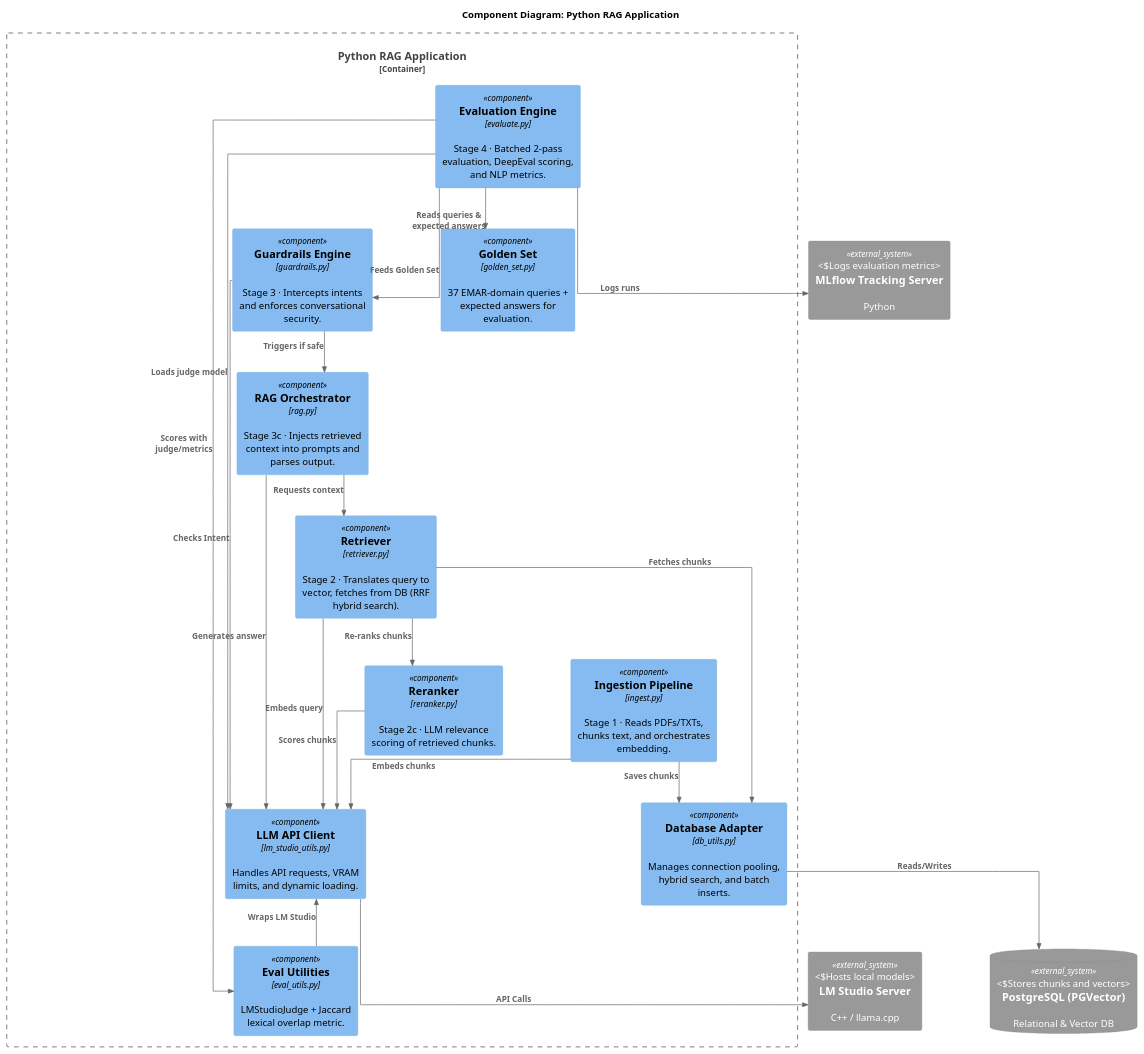
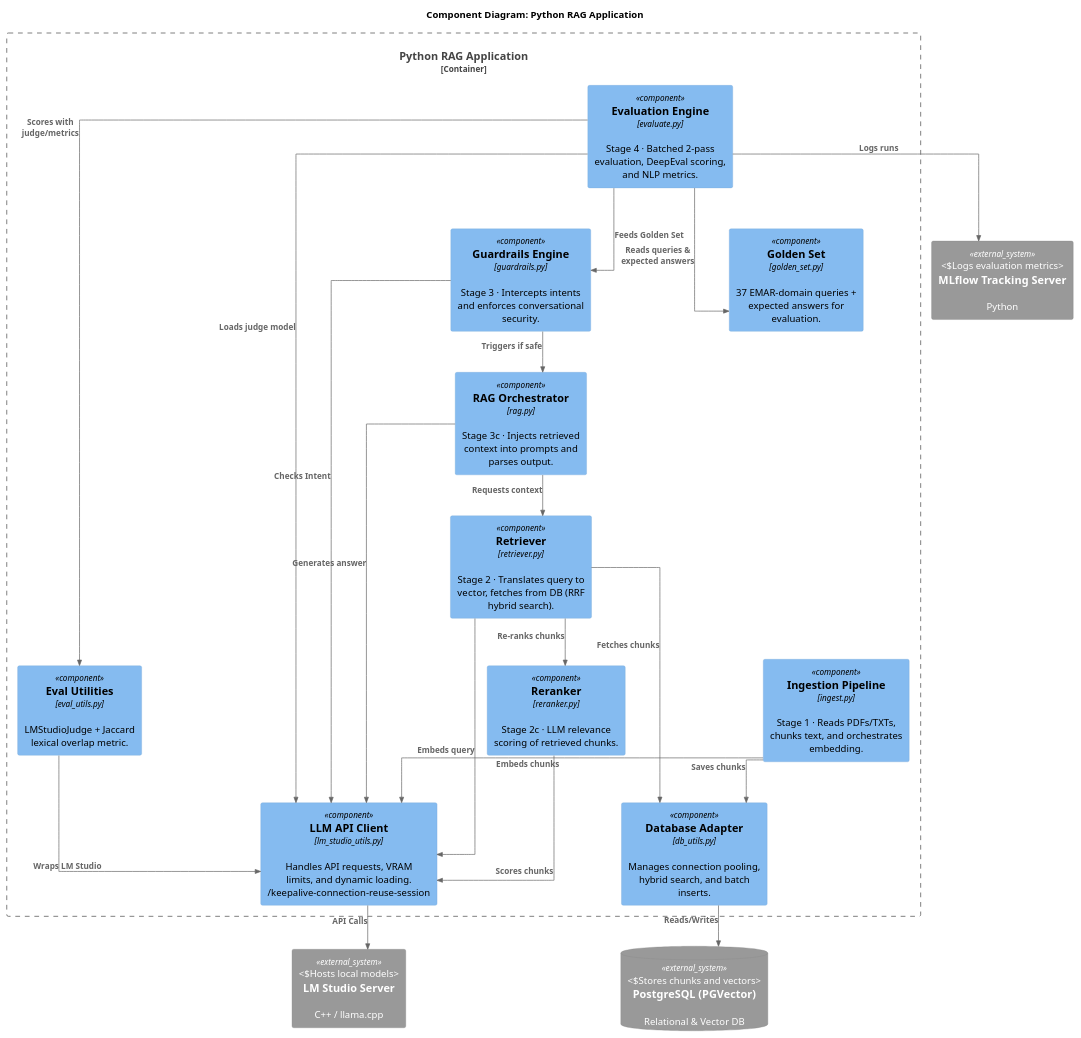
One commit to iseg-pg-ai/nlpg-6ed-group-4 changed the diagram in documentation/C4/c4_level3.puml. Above: the diagram before and after it, drawn with PlantUML. The commit also changed 1 other file, not shown here.

Commit message:
updated C4 diagram

```diff
--- a/documentation/C4/c4_level3.puml
+++ b/documentation/C4/c4_level3.puml
@@ -1,89 +1,90 @@
 @startuml level-three
 !include https://raw.githubusercontent.com/plantuml-stdlib/C4-PlantUML/master/C4_Component.puml
 
 ' THE MAGIC TRICK: Forces strict 90-degree angles instead of curved spaghetti lines
 skinparam linetype ortho
 skinparam nodesep 100
 
 LAYOUT_TOP_DOWN()
 
 title Component Diagram: Python RAG Application
 
 System_Ext(mlflow, "MLflow Tracking Server", "Python", "Logs evaluation metrics")
 
 Container_Boundary(python_app, "Python RAG Application") {
 
     ' TOP LAYER (Entry Points)
     Component(eval_engine, "Evaluation Engine", "evaluate.py", "Stage 4 · Batched 2-pass evaluation, DeepEval scoring, and NLP metrics.")
     Component(ingest, "Ingestion Pipeline", "ingest.py", "Stage 1 · Reads PDFs/TXTs, chunks text, and orchestrates embedding.")
 
     ' DATA LAYER (Golden Set)
     Component(golden_set, "Golden Set", "golden_set.py", "37 EMAR-domain queries + expected answers for evaluation.")
 
     ' SECOND LAYER
     Component(guardrails, "Guardrails Engine", "guardrails.py", "Stage 3 · Intercepts intents and enforces conversational security.")
 
     ' THIRD LAYER (Core Business Logic)
     Component(rag_orch, "RAG Orchestrator", "rag.py", "Stage 3c · Injects retrieved context into prompts and parses output.")
     Component(retriever, "Retriever", "retriever.py", "Stage 2 · Translates query to vector, fetches from DB (RRF hybrid search).")
     Component(reranker, "Reranker", "reranker.py", "Stage 2c · LLM relevance scoring of retrieved chunks.")
 
     ' BOTTOM LAYER (Core Adapters)
-    Component(llm_client, "LLM API Client", "lm_studio_utils.py", "Handles API requests, VRAM limits, and dynamic loading.")
+    Component(llm_client, "LLM API Client", "lm_studio_utils.py", "Handles API requests, VRAM limits, and dynamic loading. /keepalive-connection-reuse-session")
     Component(db_adapter, "Database Adapter", "db_utils.py", "Manages connection pooling, hybrid search, and batch inserts.")
     Component(eval_utils, "Eval Utilities", "eval_utils.py", "LMStudioJudge + Jaccard lexical overlap metric.")
 
     ' Invisible constraints to force a clean grid
     Lay_R(eval_engine, ingest)
     Lay_D(eval_engine, guardrails)
     Lay_D(guardrails, rag_orch)
     Lay_D(rag_orch, retriever)
     Lay_R(retriever, reranker)
     Lay_D(retriever, llm_client)
-    Lay_R(llm_client, eval_utils)
+    Lay_D(eval_utils, llm_client)
     Lay_D(reranker, db_adapter)
+    Lay_D(retriever, reranker)
     Lay_D(golden_set, eval_engine)
 }
 
 System_Ext(lmstudio, "LM Studio Server", "C++ / llama.cpp", "Hosts local models")
 SystemDb_Ext(pgvector, "PostgreSQL (PGVector)", "Relational & Vector DB", "Stores chunks and vectors")
 
 ' Pin external elements (must be declared after the boundary)
 Lay_R(eval_engine, mlflow)
 Lay_D(db_adapter, pgvector)
 Lay_R(llm_client, lmstudio)
 
 ' --- RELATIONSHIPS ---
 
 ' 1. Evaluation & Ingestion Flow (From the top)
 Rel_D(eval_engine, golden_set, "Reads queries & expected answers")
 Rel_D(eval_engine, mlflow, "Logs runs")
 Rel_D(eval_engine, guardrails, "Feeds Golden Set")
 Rel_D(eval_engine, eval_utils, "Scores with judge/metrics")
 Rel_D(eval_engine, llm_client, "Loads judge model")
 
 Rel_D(ingest, db_adapter, "Saves chunks")
 Rel_D(ingest, llm_client, "Embeds chunks")
 
 ' 2. Guardrails Flow
 Rel_D(guardrails, rag_orch, "Triggers if safe")
 Rel_D(guardrails, llm_client, "Checks Intent")
 
 ' 3. RAG & Retrieval Flow
 Rel_D(rag_orch, retriever, "Requests context")
 Rel_D(rag_orch, llm_client, "Generates answer")
 
 Rel_D(retriever, db_adapter, "Fetches chunks")
 Rel_D(retriever, reranker, "Re-ranks chunks")
 Rel_D(retriever, llm_client, "Embeds query")
 
 Rel_D(reranker, llm_client, "Scores chunks")
 
 ' 4. Eval Utilities Flow
 Rel_D(eval_utils, llm_client, "Wraps LM Studio")
 
 ' 5. External Infrastructure Flow
 Rel_D(llm_client, lmstudio, "API Calls")
 Rel_D(db_adapter, pgvector, "Reads/Writes")
 
 @enduml
```
